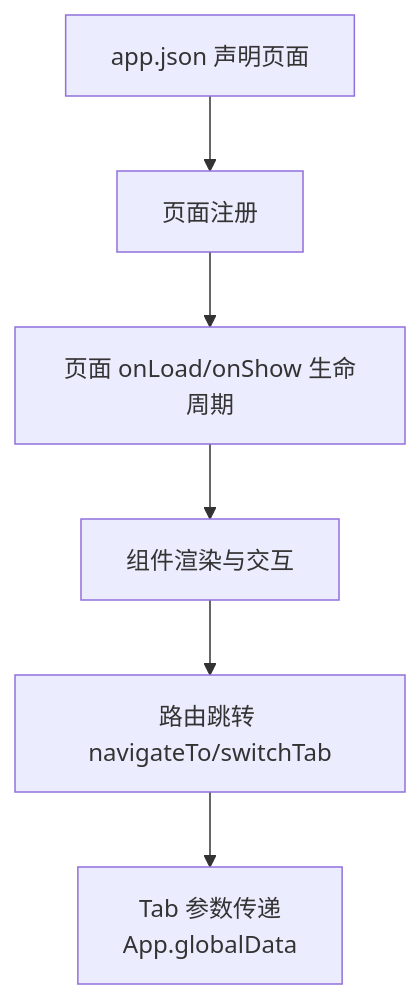
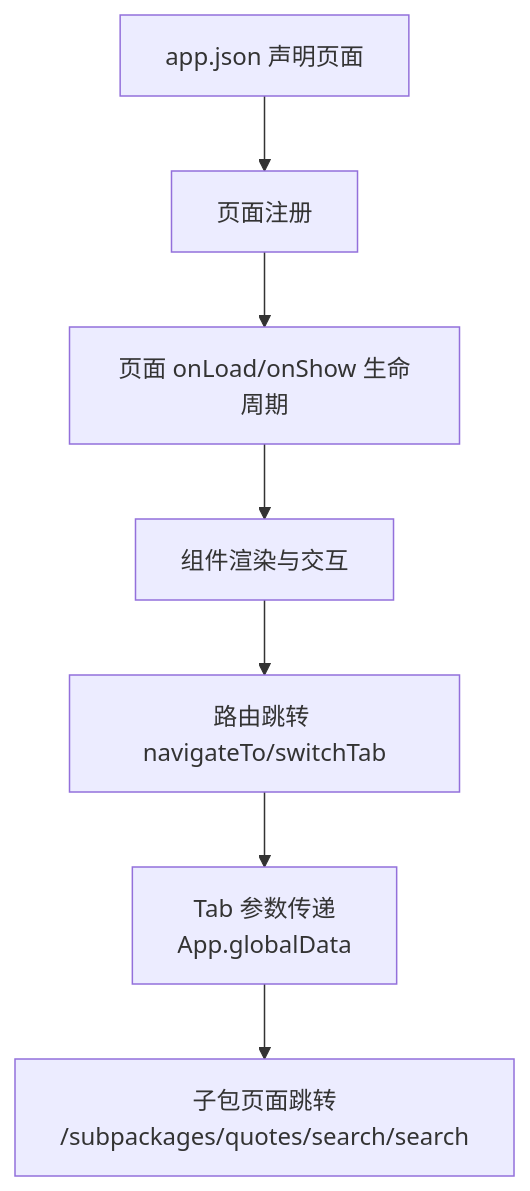
Before and after one commit to guyuefangyuanl/Over-the-counter-options: the seventh of 10 diagrams in .qoder/repowiki/zh/content/系统架构设计/前端架构设计/微信小程序架构/微信小程序架构.md, drawn with Mermaid. The commit also changed other lines of this file and 29 other files, not shown here.

````diff
--- a/.qoder/repowiki/zh/content/系统架构设计/前端架构设计/微信小程序架构/微信小程序架构.md
+++ b/.qoder/repowiki/zh/content/系统架构设计/前端架构设计/微信小程序架构/微信小程序架构.md
@@ -262,8 +312,9 @@
 ```mermaid
 flowchart TD
 A["app.json 声明页面"] --> B["页面注册"]
 B --> C["页面 onLoad/onShow 生命周期"]
 C --> D["组件渲染与交互"]
 D --> E["路由跳转 navigateTo/switchTab"]
 E --> F["Tab 参数传递<br/>App.globalData"]
+F --> G["子包页面跳转<br/>/subpackages/quotes/search/search"]
 ```
````
